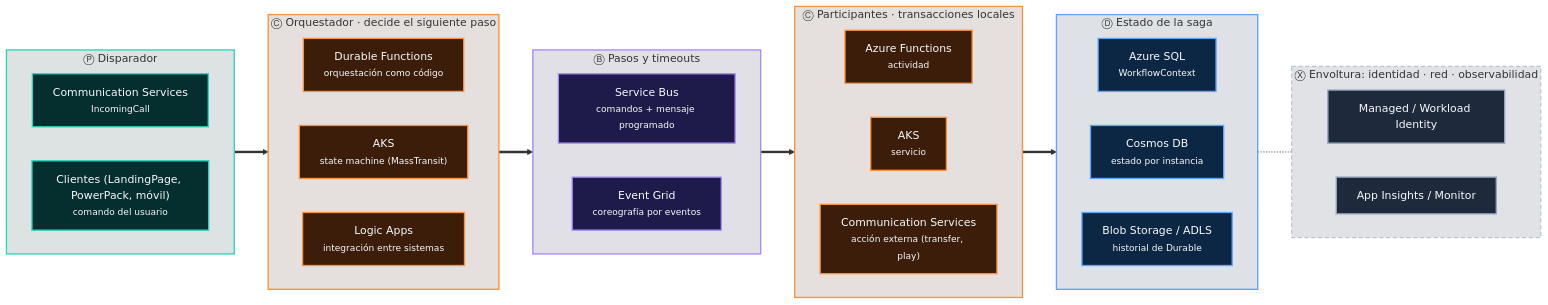
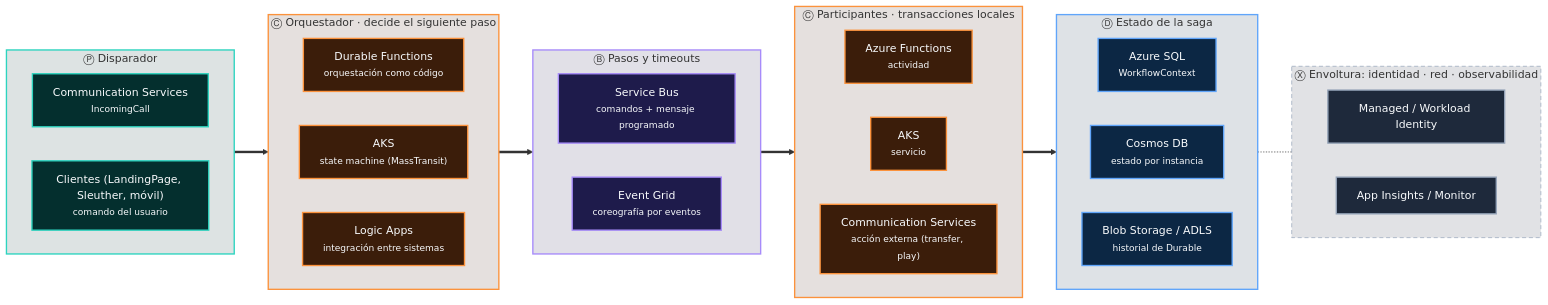
Before and after one commit to CristianSifuentes/QuickTheoryNET: the seventh of 13 diagrams in docs/11-trece-arquitecturas-como-frases.md, drawn with Mermaid. The commit also changed other lines of this file and 17 other files, not shown here.

First line of the commit message:
Rename the PowerPack project to Sleuther

````diff
--- a/docs/11-trece-arquitecturas-como-frases.md
+++ b/docs/11-trece-arquitecturas-como-frases.md
@@ -645,53 +645,53 @@
 ```mermaid
 flowchart LR
     subgraph L0["Ⓟ Disparador"]
         direction LR
         L0_0["Communication Services<br/><small>IncomingCall</small>"]:::P
-        L0_1["Clientes (LandingPage, PowerPack, móvil)<br/><small>comando del usuario</small>"]:::P
+        L0_1["Clientes (LandingPage, Sleuther, móvil)<br/><small>comando del usuario</small>"]:::P
     end
     style L0 fill:#042F2E22,stroke:#2DD4BF,stroke-width:2px
     subgraph L1["Ⓒ Orquestador · decide el siguiente paso"]
         direction LR
         L1_0["Durable Functions<br/><small>orquestación como código</small>"]:::C
         L1_1["AKS<br/><small>state machine (MassTransit)</small>"]:::C
         L1_2["Logic Apps<br/><small>integración entre sistemas</small>"]:::C
     end
     style L1 fill:#3B1D0A22,stroke:#FB923C,stroke-width:2px
     subgraph L2["Ⓑ Pasos y timeouts"]
         direction LR
         L2_0["Service Bus<br/><small>comandos + mensaje programado</small>"]:::B
         L2_1["Event Grid<br/><small>coreografía por eventos</small>"]:::B
     end
     style L2 fill:#1E1B4B22,stroke:#A78BFA,stroke-width:2px
     subgraph L3["Ⓒ Participantes · transacciones locales"]
         direction LR
         L3_0["Azure Functions<br/><small>actividad</small>"]:::C
         L3_1["AKS<br/><small>servicio</small>"]:::C
         L3_2["Communication Services<br/><small>acción externa (transfer, play)</small>"]:::C
     end
     style L3 fill:#3B1D0A22,stroke:#FB923C,stroke-width:2px
     subgraph L4["Ⓓ Estado de la saga"]
         direction LR
         L4_0["Azure SQL<br/><small>WorkflowContext</small>"]:::D
         L4_1["Cosmos DB<br/><small>estado por instancia</small>"]:::D
         L4_2["Blob Storage / ADLS<br/><small>historial de Durable</small>"]:::D
     end
     style L4 fill:#0C274422,stroke:#60A5FA,stroke-width:2px
     L0 ==> L1
     L1 ==> L2
     L2 ==> L3
     L3 ==> L4
     subgraph XX["Ⓧ Envoltura: identidad · red · observabilidad"]
         direction LR
         X0["Managed / Workload Identity"]:::X
         X1["App Insights / Monitor"]:::X
     end
     style XX fill:#1E293B22,stroke:#94A3B8,stroke-dasharray:6 4
     L4 -.- XX
     classDef P fill:#042F2E,stroke:#2DD4BF,color:#F8FAFC,stroke-width:2px
     classDef B fill:#1E1B4B,stroke:#A78BFA,color:#F8FAFC,stroke-width:2px
     classDef C fill:#3B1D0A,stroke:#FB923C,color:#F8FAFC,stroke-width:2px
     classDef D fill:#0C2744,stroke:#60A5FA,color:#F8FAFC,stroke-width:2px
     classDef S fill:#1A2E05,stroke:#A3E635,color:#F8FAFC,stroke-width:2px
     classDef X fill:#1E293B,stroke:#94A3B8,color:#F8FAFC,stroke-width:2px
 ```
````
